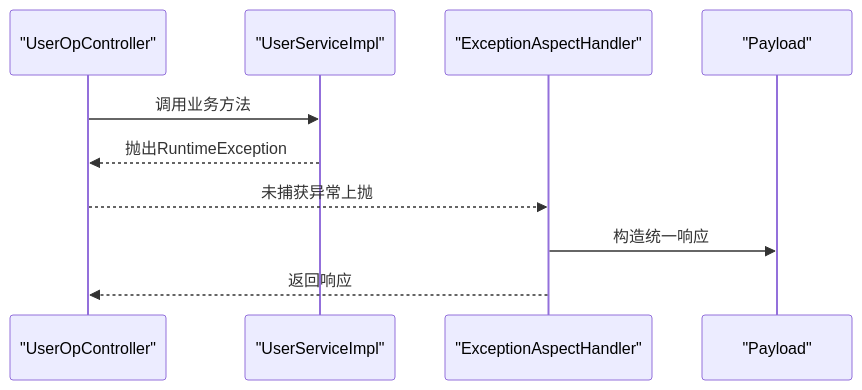
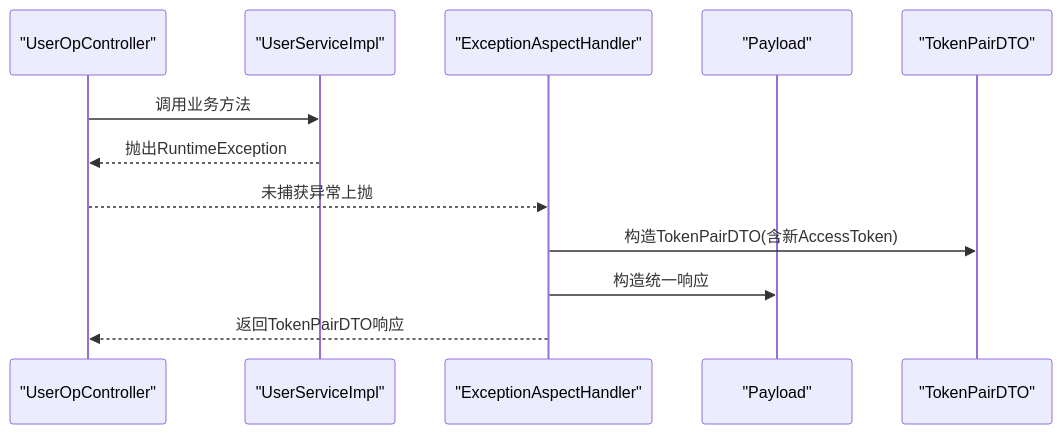
Before and after one commit to liftp/chat_simple: the eighth of 9 diagrams in .qoder/repowiki/zh/content/配置管理/全局异常处理.md, drawn with Mermaid. The commit also changed other lines of this file and 6 other files, not shown here.

````diff
--- a/.qoder/repowiki/zh/content/配置管理/全局异常处理.md
+++ b/.qoder/repowiki/zh/content/配置管理/全局异常处理.md
@@ -271,12 +345,14 @@
 ```mermaid
 sequenceDiagram
 participant Ctrl as "UserOpController"
 participant Svc as "UserServiceImpl"
 participant Aspect as "ExceptionAspectHandler"
 participant Resp as "Payload"
+participant DTO as "TokenPairDTO"
 Ctrl->>Svc : 调用业务方法
 Svc-->>Ctrl : 抛出RuntimeException
 Ctrl-->>Aspect : 未捕获异常上抛
+Aspect->>DTO : 构造TokenPairDTO(含新AccessToken)
 Aspect->>Resp : 构造统一响应
-Aspect-->>Ctrl : 返回响应
+Aspect-->>Ctrl : 返回TokenPairDTO响应
 ```
````
